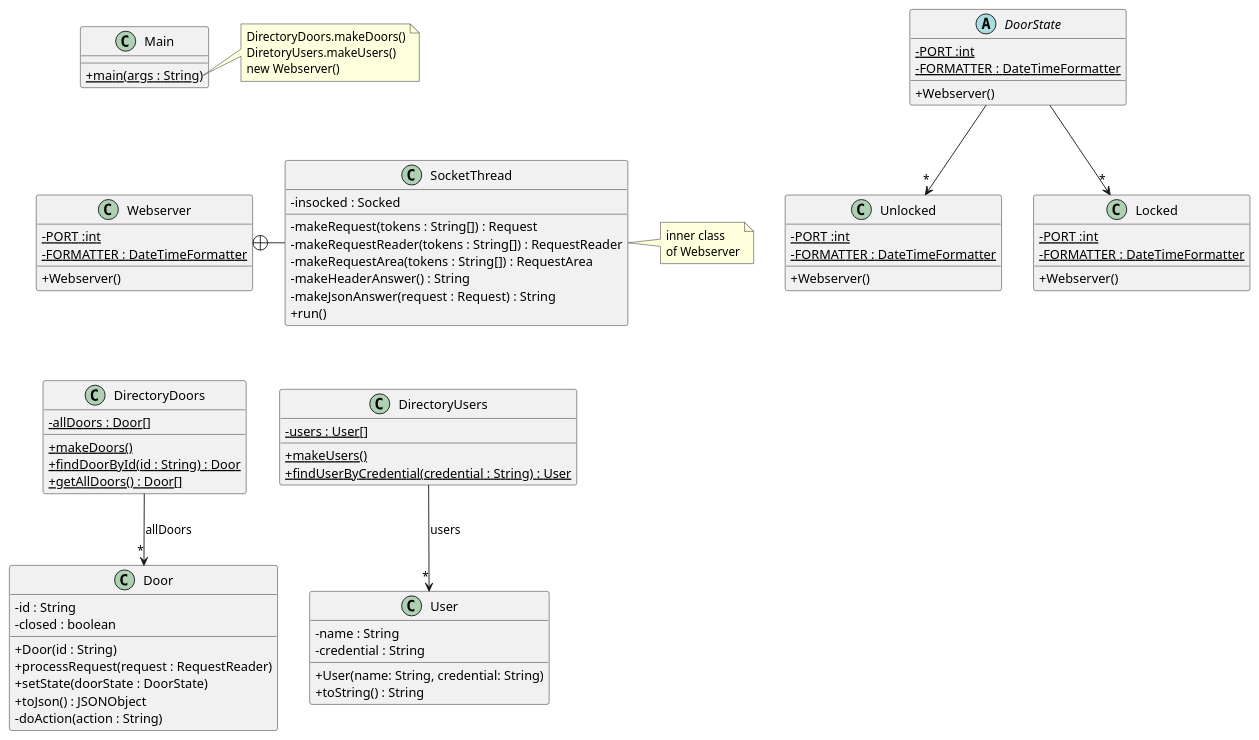
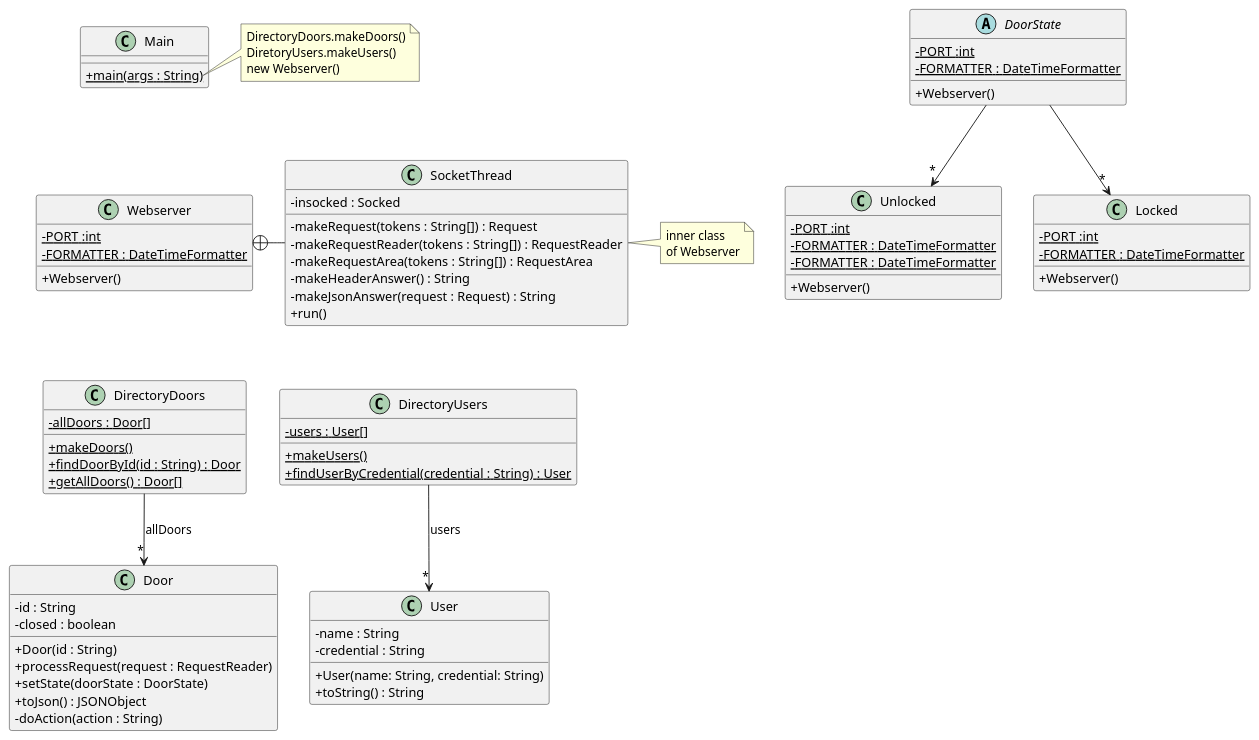
Before and after one commit to marcmejias/acs_students424: the diagram in src/baseNoStates/uml/base_no_states.puml, drawn with PlantUML.

```diff
--- a/src/baseNoStates/uml/base_no_states.puml
+++ b/src/baseNoStates/uml/base_no_states.puml
@@ -1,101 +1,102 @@
 @startuml
 'https://plantuml.com/class-diagram
 skinparam classAttributeIconSize 0
 
 class Webserver {
 - {static} PORT :int
 - {static} FORMATTER : DateTimeFormatter
 + Webserver()
 }
 
 class SocketThread {
 - insocked : Socked
 - makeRequest(tokens : String[]) : Request
 - makeRequestReader(tokens : String[]) : RequestReader
 - makeRequestArea(tokens : String[]) : RequestArea
 - makeHeaderAnswer() : String
 - makeJsonAnswer(request : Request) : String
 + run()
 }
 
 Webserver +-right- SocketThread
 
 note right of SocketThread
 inner class
 of Webserver
 end note
 
 class DirectoryDoors {
 - {static} allDoors : Door[]
 + {static} makeDoors()
 + {static} findDoorById(id : String) : Door
 + {static} getAllDoors() : Door[]
 }
 
 DirectoryDoors --> "*" Door : "allDoors"
 
 class DirectoryUsers {
 - {static} users : User[]
 + {static} makeUsers()
 + {static} findUserByCredential(credential : String) : User
 }
 
 DirectoryUsers --> "*" User : "users"
 
 class Door {
 - id : String
 - closed : boolean
 + Door(id : String)
 + processRequest(request : RequestReader)
 + setState(doorState : DoorState)
 + toJson() : JSONObject
 '+ toString() : String
 '+ isClosed() :boolean
 '+ setClosed(b : boolean)
 '+ getStateName() : String
 - doAction(action : String)
 }
 
 abstract DoorState  {
 - {static} PORT :int
 - {static} FORMATTER : DateTimeFormatter
 + Webserver()
 }
 
 DoorState --> "*" Unlocked
 DoorState --> "*" Locked
 
 class Unlocked {
 - {static} PORT :int
 - {static} FORMATTER : DateTimeFormatter
+- {static} FORMATTER : DateTimeFormatter
 + Webserver()
 }
 
 class Locked {
 - {static} PORT :int
 - {static} FORMATTER : DateTimeFormatter
 + Webserver()
 }
 
 class User {
 - name : String
 - credential : String
 + User(name: String, credential: String)
 + toString() : String
 }
 
 
 class Main {
 + {static} main(args : String)
 }
 
 note right of Main::main
 DirectoryDoors.makeDoors()
 DiretoryUsers.makeUsers()
 new Webserver()
 end note
 
 Main -[hidden]down- Webserver
 Webserver -[hidden]down- DirectoryDoors
 DirectoryDoors -[hidden]right- DirectoryUsers
 @enduml
```
